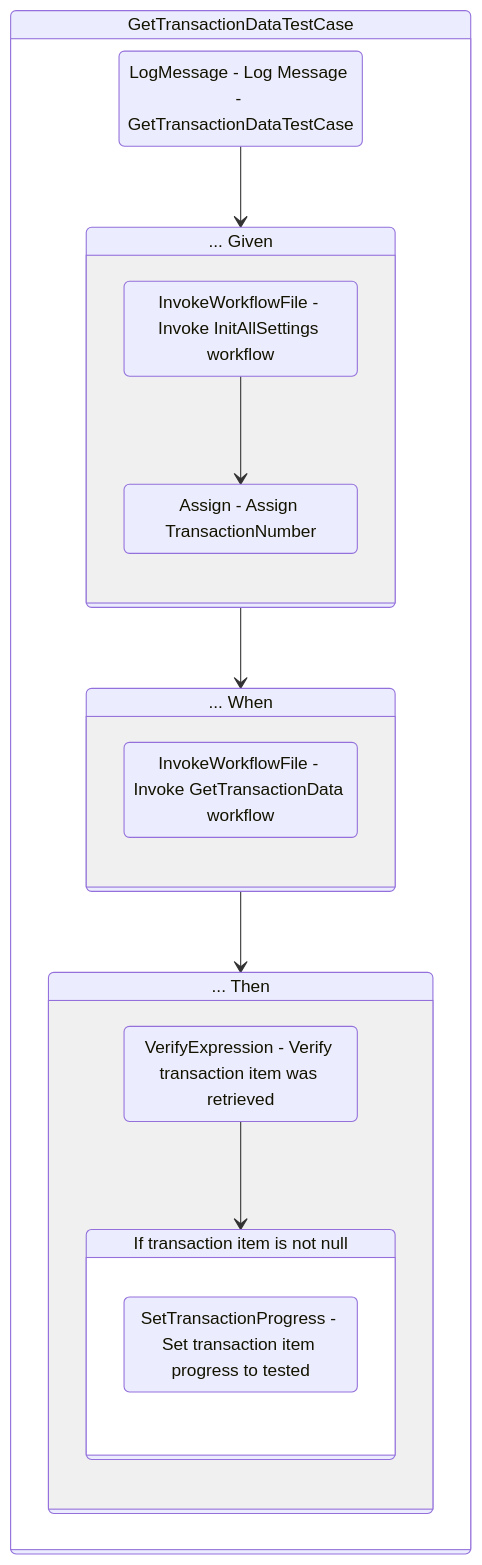
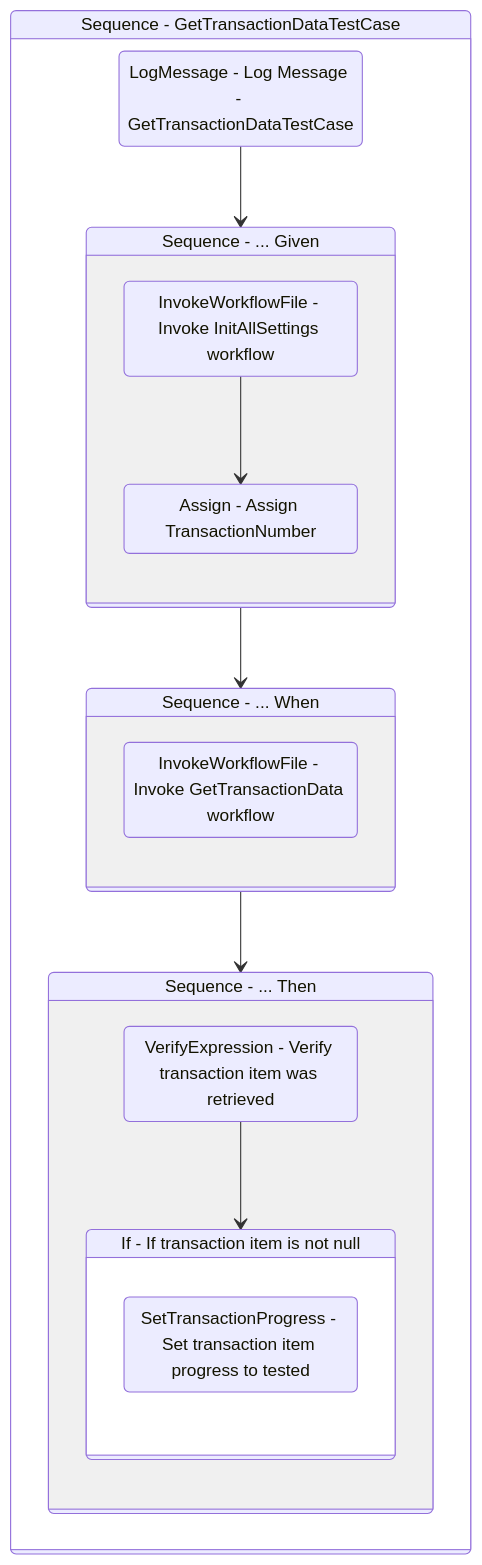
One commit to yashbrahmbhatt/LazyFramework changed the diagram in Documentation/.templates/Performers/REFramework/Tests/GetTransactionDataTestCase.md. Above: the diagram before and after it, drawn with Mermaid. The commit also changed 78 other files, not shown here.

````diff
--- a/Documentation/.templates/Performers/REFramework/Tests/GetTransactionDataTestCase.md
+++ b/Documentation/.templates/Performers/REFramework/Tests/GetTransactionDataTestCase.md
@@ -101,36 +101,36 @@
 ```mermaid
 stateDiagram-v2
 
 
-Sequence_1: GetTransactionDataTestCase
+Sequence_1: Sequence - GetTransactionDataTestCase
 state Sequence_1 {
 direction TB
 LogMessage_1 : LogMessage - Log Message - GetTransactionDataTestCase
 LogMessage_1 --> Sequence_2
-Sequence_2: ... Given
+Sequence_2: Sequence - ... Given
 state Sequence_2 {
 direction TB
 InvokeWorkflowFile_1 : InvokeWorkflowFile - Invoke InitAllSettings workflow
 Assign_1 : Assign - Assign TransactionNumber
 InvokeWorkflowFile_1 --> Assign_1
 }
 Sequence_2 --> Sequence_4
-Sequence_4: ... When
+Sequence_4: Sequence - ... When
 state Sequence_4 {
 direction TB
 InvokeWorkflowFile_2 : InvokeWorkflowFile - Invoke GetTransactionData workflow
 }
 Sequence_4 --> Sequence_3
-Sequence_3: ... Then
+Sequence_3: Sequence - ... Then
 state Sequence_3 {
 direction TB
 VerifyExpression_1 : VerifyExpression - Verify transaction item was retrieved
 VerifyExpression_1 --> If_1
-If_1: If transaction item is not null
+If_1: If - If transaction item is not null
 state If_1 {
 direction TB
 SetTransactionProgress_1 : SetTransactionProgress - Set transaction item progress to tested
 }
 }
 }
 ```
````
